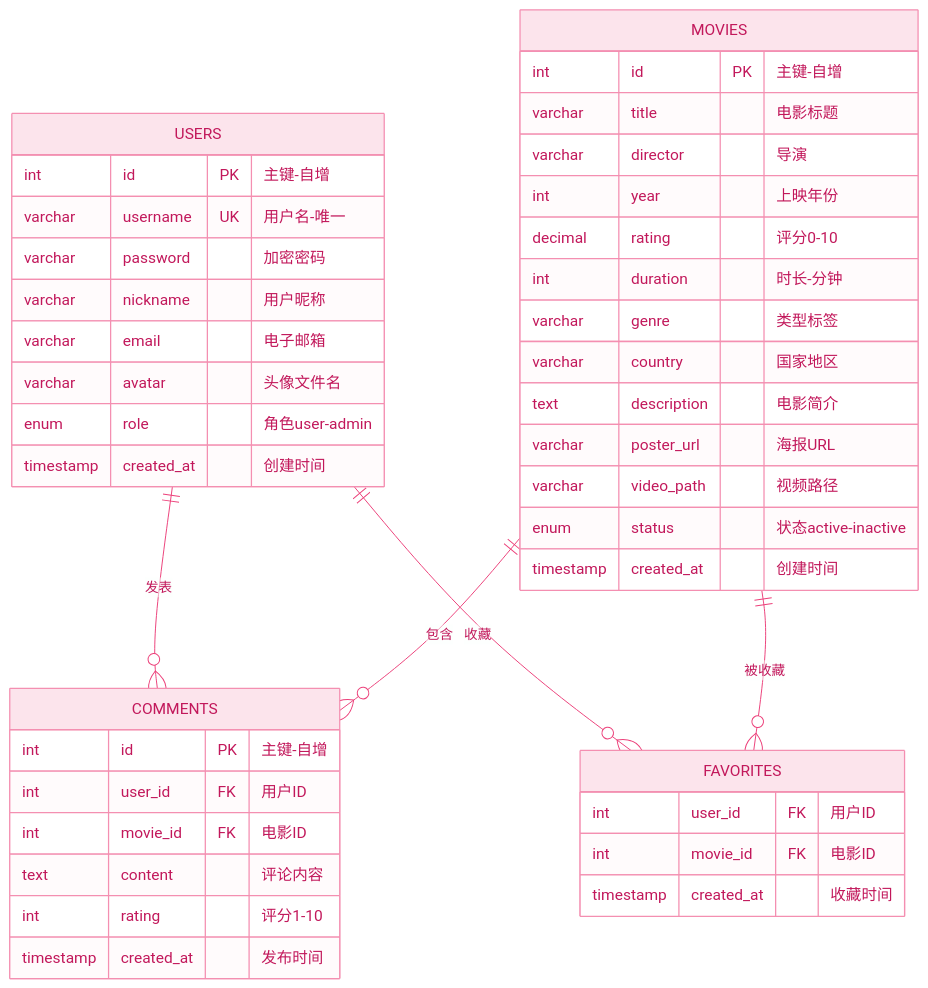
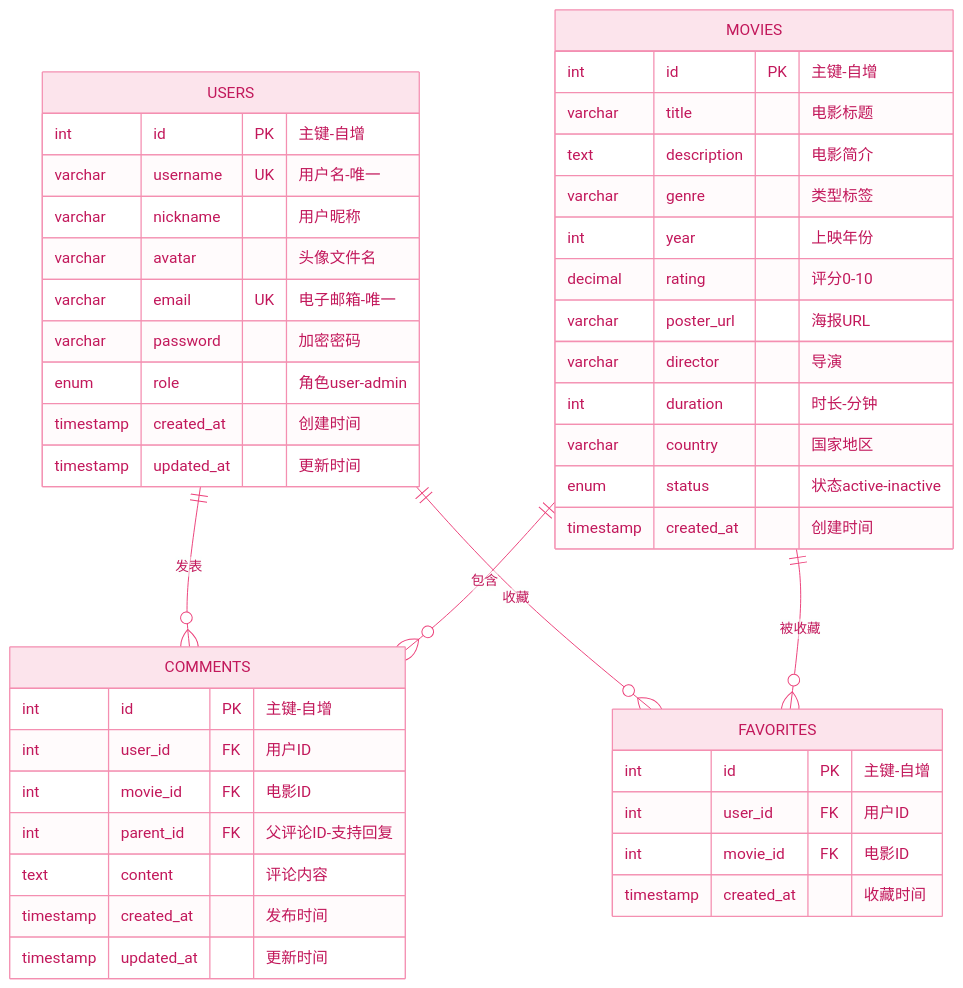
One commit to keyoshoin/movie-website changed the fifth of 18 diagrams in docs/架构设计.md. Above: the diagram before and after it, drawn with Mermaid. The commit also changed other lines of this file, not shown here.

````diff
--- a/docs/架构设计.md
+++ b/docs/架构设计.md
@@ -177,50 +177,52 @@
 ```mermaid
 %%{init: {'theme': 'base', 'themeVariables': { 'primaryColor': '#fce4ec', 'primaryTextColor': '#c2185b', 'primaryBorderColor': '#f48fb1', 'lineColor': '#ec407a'}}}%%
 erDiagram
     USERS ||--o{ COMMENTS : "发表"
     USERS ||--o{ FAVORITES : "收藏"
     MOVIES ||--o{ COMMENTS : "包含"
     MOVIES ||--o{ FAVORITES : "被收藏"
     
     USERS {
         int id PK "主键-自增"
         varchar username UK "用户名-唯一"
+        varchar nickname "用户昵称"
+        varchar avatar "头像文件名"
+        varchar email UK "电子邮箱-唯一"
         varchar password "加密密码"
-        varchar nickname "用户昵称"
-        varchar email "电子邮箱"
-        varchar avatar "头像文件名"
         enum role "角色user-admin"
         timestamp created_at "创建时间"
+        timestamp updated_at "更新时间"
     }
     
     MOVIES {
         int id PK "主键-自增"
         varchar title "电影标题"
-        varchar director "导演"
+        text description "电影简介"
+        varchar genre "类型标签"
         int year "上映年份"
         decimal rating "评分0-10"
+        varchar poster_url "海报URL"
+        varchar director "导演"
         int duration "时长-分钟"
-        varchar genre "类型标签"
         varchar country "国家地区"
-        text description "电影简介"
-        varchar poster_url "海报URL"
-        varchar video_path "视频路径"
         enum status "状态active-inactive"
         timestamp created_at "创建时间"
     }
     
     COMMENTS {
         int id PK "主键-自增"
         int user_id FK "用户ID"
         int movie_id FK "电影ID"
+        int parent_id FK "父评论ID-支持回复"
         text content "评论内容"
-        int rating "评分1-10"
         timestamp created_at "发布时间"
+        timestamp updated_at "更新时间"
     }
     
     FAVORITES {
+        int id PK "主键-自增"
         int user_id FK "用户ID"
         int movie_id FK "电影ID"
         timestamp created_at "收藏时间"
     }
 ```
````
